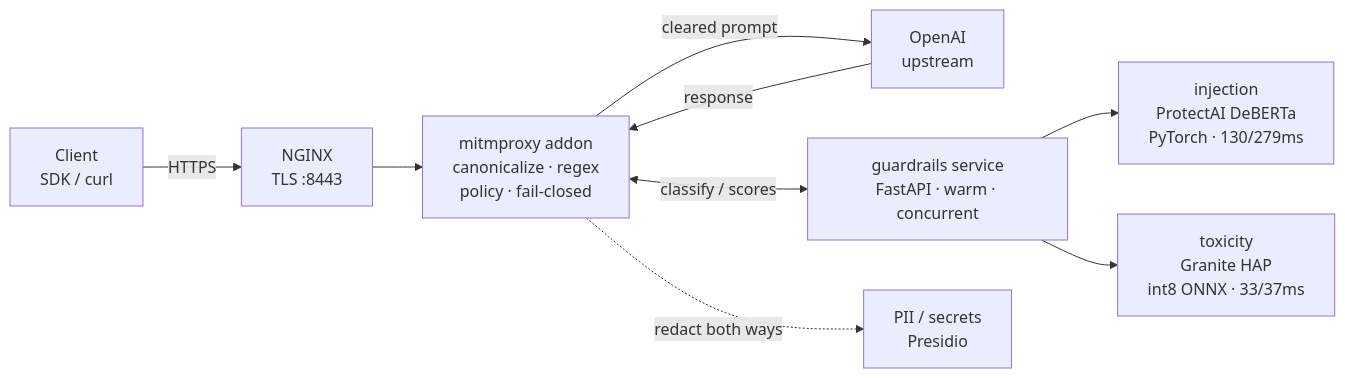
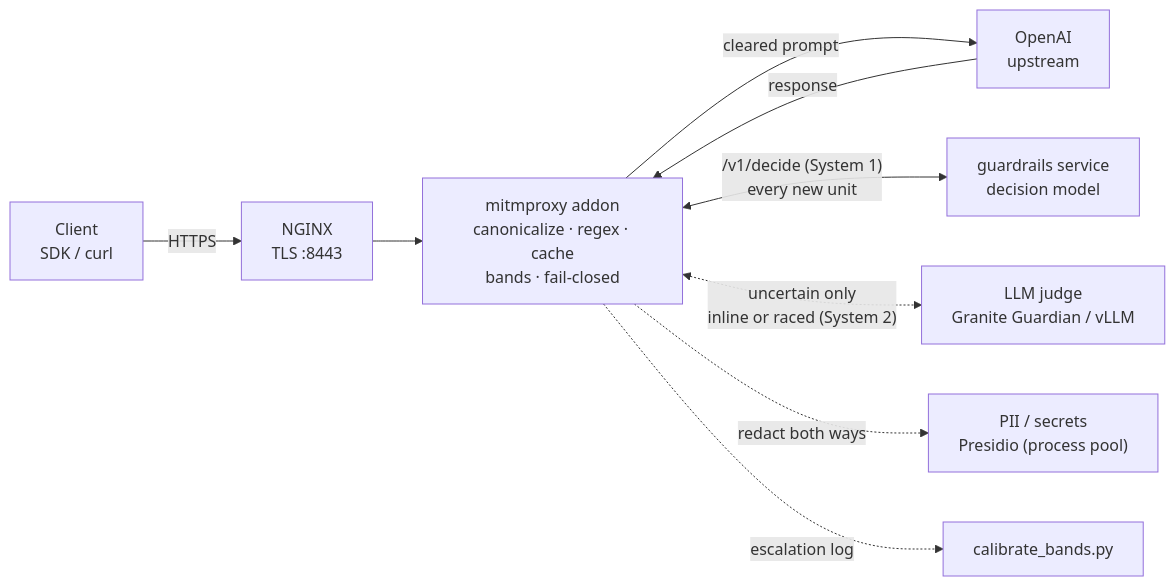
Before and after one commit to pjvjay/llm-proxy: the diagram in README.md, drawn with Mermaid. The commit also changed other lines of this file and 106 other files, not shown here.

````diff
--- a/README.md
+++ b/README.md
@@ -17,11 +119,11 @@
 ```mermaid
 flowchart LR
     Client["Client<br/>SDK / curl"] -->|HTTPS| NGINX["NGINX<br/>TLS :8443"]
-    NGINX --> Addon["mitmproxy addon<br/>canonicalize · regex<br/>policy · fail-closed"]
+    NGINX --> Addon["mitmproxy addon<br/>canonicalize · regex · cache<br/>bands · fail-closed"]
     Addon -->|cleared prompt| OpenAI["OpenAI<br/>upstream"]
     OpenAI -->|response| Addon
-    Addon <-->|classify / scores| Guard["guardrails service<br/>FastAPI · warm · concurrent"]
-    Guard --> Inj["injection<br/>ProtectAI DeBERTa<br/>PyTorch · 130/279ms"]
-    Guard --> Tox["toxicity<br/>Granite HAP<br/>int8 ONNX · 33/37ms"]
-    Addon -.->|redact both ways| PII["PII / secrets<br/>Presidio"]
+    Addon <-->|"/v1/decide (System 1)<br/>every new unit"| Guard["guardrails service<br/>decision model"]
+    Addon <-.->|"uncertain only<br/>inline or raced (System 2)"| Judge["LLM judge<br/>Granite Guardian / vLLM"]
+    Addon -.->|redact both ways| PII["PII / secrets<br/>Presidio (process pool)"]
+    Addon -.->|escalation log| Cal["calibrate_bands.py"]
 ```
````
